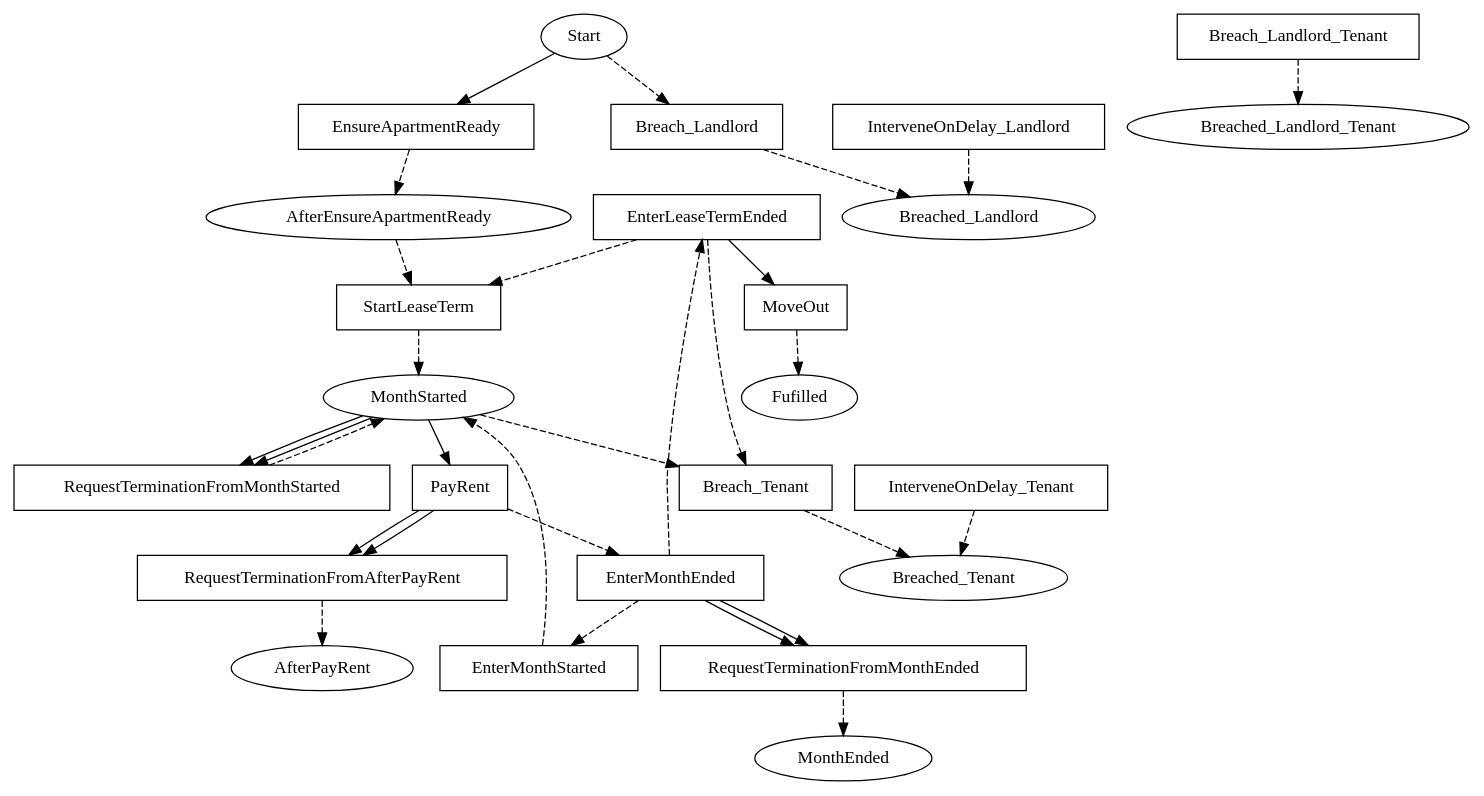
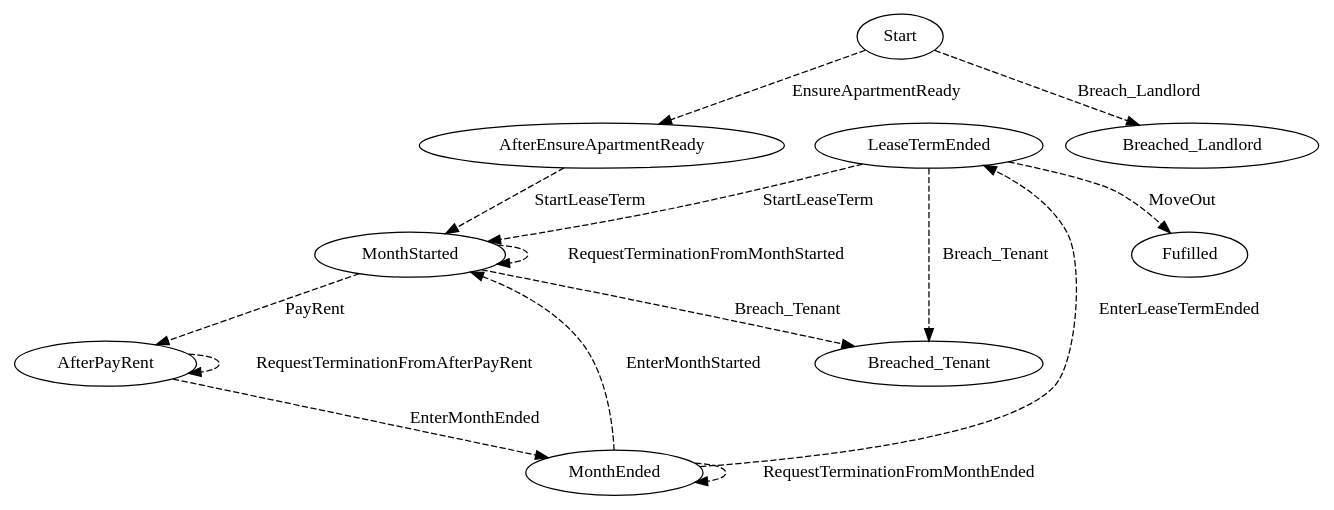
The diagram in linear_state_machine_language/pyL4/examples/out_graphviz/from_academic_lit/hvitved_lease.dot (Marcao02/complaw-deeptech), drawn with Graphviz before and after one commit. The commit also changed 46 other files, not shown here.

Commit message:
better flowcharts, full goodenough/flood example

```diff
--- a/linear_state_machine_language/pyL4/examples/out_graphviz/from_academic_lit/hvitved_lease.dot
+++ b/linear_state_machine_language/pyL4/examples/out_graphviz/from_academic_lit/hvitved_lease.dot
@@ -1,64 +1,32 @@
 // THIS IS A GENERATED FILE. DO NOT EDIT.
 
 digraph Lease_Hvitved {    
     Fulfilled[label=Fufilled];
     Start[label=Start];
 	AfterEnsureApartmentReady[label=AfterEnsureApartmentReady];
-	MonthStarted[label=MonthStarted];
-	Breached_Tenant[label=Breached_Tenant];
-	Breached_Landlord[label=Breached_Landlord];
-	Breached_Landlord_Tenant[label=Breached_Landlord_Tenant]
+	MonthStarted[label=MonthStarted]
+        
     
-     
-    RequestTerminationFromMonthStarted[label=RequestTerminationFromMonthStarted,shape=box];
-	RequestTerminationFromAfterPayRent[label=RequestTerminationFromAfterPayRent,shape=box];
-	RequestTerminationFromMonthEnded[label=RequestTerminationFromMonthEnded,shape=box];
-	EnsureApartmentReady[label=EnsureApartmentReady,shape=box];
-	StartLeaseTerm[label=StartLeaseTerm,shape=box];
-	EnterMonthStarted[label=EnterMonthStarted,shape=box];
-	PayRent[label=PayRent,shape=box];
-	EnterMonthEnded[label=EnterMonthEnded,shape=box];
-	EnterLeaseTermEnded[label=EnterLeaseTermEnded,shape=box];
-	MoveOut[label=MoveOut,shape=box];
-	Breach_Tenant[label=Breach_Tenant,shape=box];
-	Breach_Landlord[label=Breach_Landlord,shape=box];
-	Breach_Landlord_Tenant[label=Breach_Landlord_Tenant,shape=box];
-	InterveneOnDelay_Landlord[label=InterveneOnDelay_Landlord,shape=box];
-	InterveneOnDelay_Tenant[label=InterveneOnDelay_Tenant,shape=box]    
+         
     
     
     
-    Start -> EnsureApartmentReady;
-	Start -> Breach_Landlord [style=dashed];
-	AfterEnsureApartmentReady -> StartLeaseTerm [style=dashed];
-	MonthStarted -> PayRent;
-	MonthStarted -> Breach_Tenant [style=dashed];
-	MonthStarted -> RequestTerminationFromMonthStarted;
-	MonthStarted -> RequestTerminationFromMonthStarted;
-	PayRent -> EnterMonthEnded [style=dashed];
-	PayRent -> RequestTerminationFromAfterPayRent;
-	PayRent -> RequestTerminationFromAfterPayRent;
-	EnterMonthEnded -> EnterLeaseTermEnded [style=dashed];
-	EnterMonthEnded -> EnterMonthStarted [style=dashed];
-	EnterMonthEnded -> RequestTerminationFromMonthEnded;
-	EnterMonthEnded -> RequestTerminationFromMonthEnded;
-	EnterLeaseTermEnded -> MoveOut;
-	EnterLeaseTermEnded -> Breach_Tenant [style=dashed];
-	EnterLeaseTermEnded -> StartLeaseTerm [style=dashed]
     
-    RequestTerminationFromMonthStarted -> MonthStarted [style=dashed];
-	RequestTerminationFromAfterPayRent -> AfterPayRent [style=dashed];
-	RequestTerminationFromMonthEnded -> MonthEnded [style=dashed];
-	EnsureApartmentReady -> AfterEnsureApartmentReady [style=dashed];
-	StartLeaseTerm -> MonthStarted [style=dashed];
-	EnterMonthStarted -> MonthStarted [style=dashed];
-	MoveOut -> Fulfilled [style=dashed];
-	Breach_Tenant -> Breached_Tenant [style=dashed];
-	Breach_Landlord -> Breached_Landlord [style=dashed];
-	Breach_Landlord_Tenant -> Breached_Landlord_Tenant [style=dashed];
-	InterveneOnDelay_Landlord -> Breached_Landlord [style=dashed];
-	InterveneOnDelay_Tenant -> Breached_Tenant [style=dashed];
+    Start -> AfterEnsureApartmentReady [style=dashed,label=EnsureApartmentReady];
+	Start -> Breached_Landlord [style=dashed,label=Breach_Landlord];
+	AfterEnsureApartmentReady -> MonthStarted [style=dashed,label=StartLeaseTerm];
+	MonthStarted -> AfterPayRent [style=dashed,label=PayRent];
+	MonthStarted -> Breached_Tenant [style=dashed,label=Breach_Tenant];
+	AfterPayRent -> MonthEnded [style=dashed,label=EnterMonthEnded];
+	MonthEnded -> LeaseTermEnded [style=dashed,label=EnterLeaseTermEnded];
+	MonthEnded -> MonthStarted [style=dashed,label=EnterMonthStarted];
+	LeaseTermEnded -> Fulfilled [style=dashed,label=MoveOut];
+	LeaseTermEnded -> Breached_Tenant [style=dashed,label=Breach_Tenant];
+	LeaseTermEnded -> MonthStarted [style=dashed,label=StartLeaseTerm];
 	     
     
-       
+    MonthStarted -> MonthStarted [style=dashed,label=RequestTerminationFromMonthStarted];
+	AfterPayRent -> AfterPayRent [style=dashed,label=RequestTerminationFromAfterPayRent];
+	MonthEnded -> MonthEnded [style=dashed,label=RequestTerminationFromMonthEnded];
+	   
 }
```
